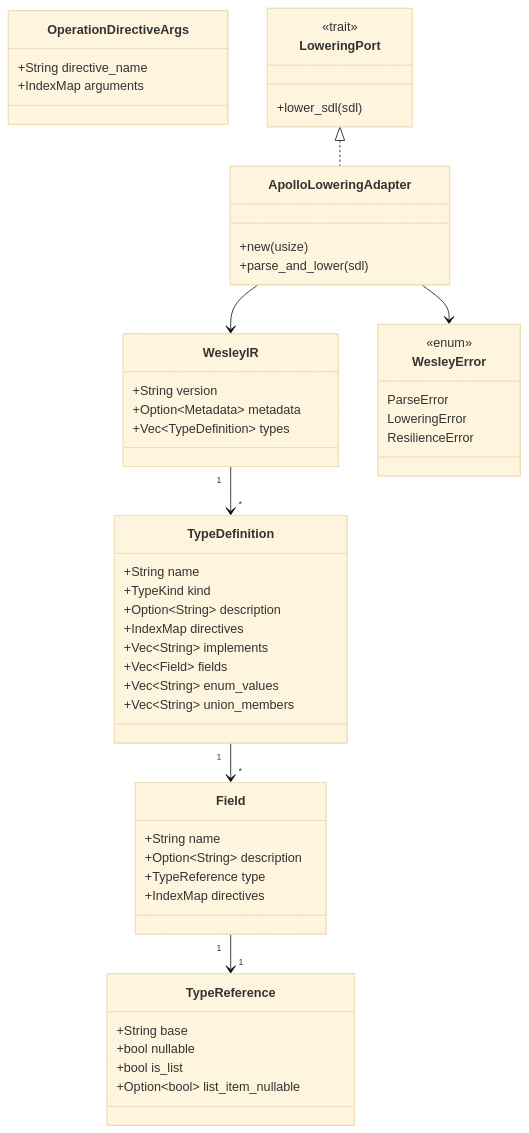
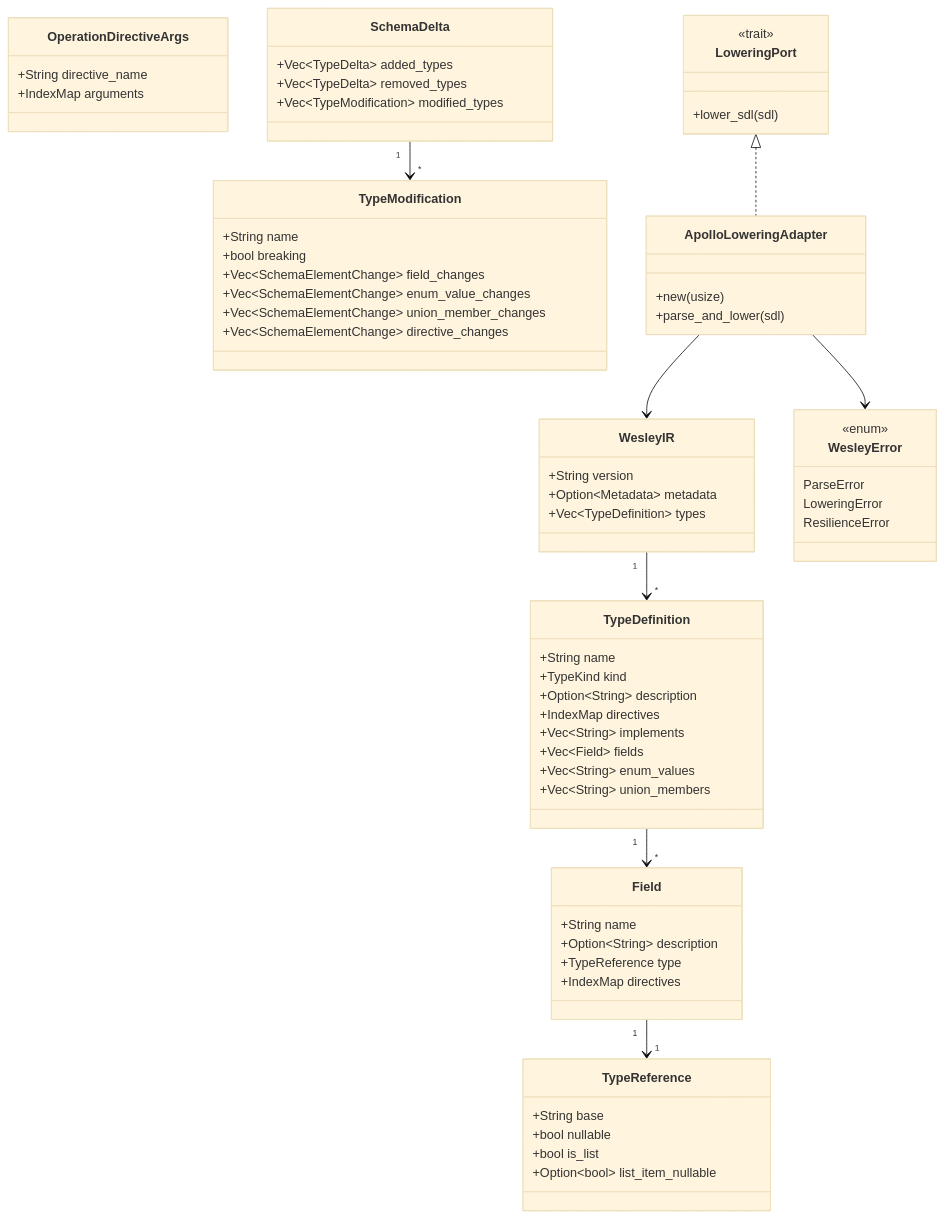
One commit to flyingrobots/wesley changed the third of 9 diagrams in docs/ARCHITECTURE.md. Above: the diagram before and after it, drawn with Mermaid (base theme). The commit also changed other lines of this file and 12 other files, not shown here.

Commit message:
feat(cli-rs): add native schema diff

````diff
--- a/docs/ARCHITECTURE.md
+++ b/docs/ARCHITECTURE.md
@@ -186,62 +189,78 @@
 ```mermaid
 classDiagram
     class WesleyIR {
         +String version
         +Option~Metadata~ metadata
         +Vec~TypeDefinition~ types
     }
 
     class TypeDefinition {
         +String name
         +TypeKind kind
         +Option~String~ description
         +IndexMap directives
         +Vec~String~ implements
         +Vec~Field~ fields
         +Vec~String~ enum_values
         +Vec~String~ union_members
     }
 
     class Field {
         +String name
         +Option~String~ description
         +TypeReference type
         +IndexMap directives
     }
 
     class TypeReference {
         +String base
         +bool nullable
         +bool is_list
         +Option~bool~ list_item_nullable
     }
 
     class OperationDirectiveArgs {
         +String directive_name
         +IndexMap arguments
     }
 
+    class SchemaDelta {
+        +Vec~TypeDelta~ added_types
+        +Vec~TypeDelta~ removed_types
+        +Vec~TypeModification~ modified_types
+    }
+
+    class TypeModification {
+        +String name
+        +bool breaking
+        +Vec~SchemaElementChange~ field_changes
+        +Vec~SchemaElementChange~ enum_value_changes
+        +Vec~SchemaElementChange~ union_member_changes
+        +Vec~SchemaElementChange~ directive_changes
+    }
+
     class LoweringPort {
         <<trait>>
         +lower_sdl(sdl)
     }
 
     class ApolloLoweringAdapter {
         +new(usize)
         +parse_and_lower(sdl)
     }
 
     class WesleyError {
         <<enum>>
         ParseError
         LoweringError
         ResilienceError
     }
 
     WesleyIR "1" --> "*" TypeDefinition
     TypeDefinition "1" --> "*" Field
     Field "1" --> "1" TypeReference
+    SchemaDelta "1" --> "*" TypeModification
     LoweringPort <|.. ApolloLoweringAdapter
     ApolloLoweringAdapter --> WesleyIR
     ApolloLoweringAdapter --> WesleyError
 ```
````
